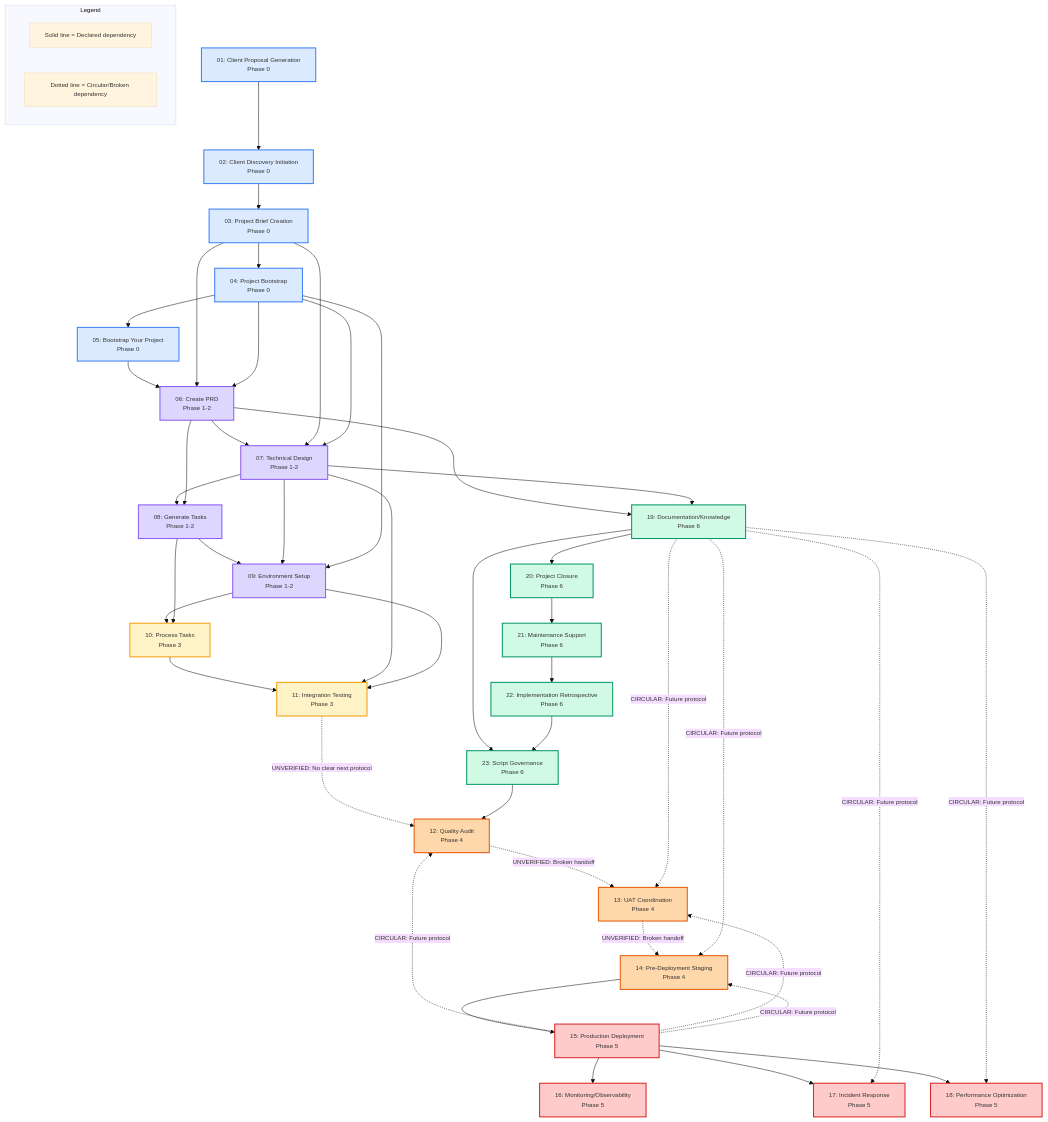
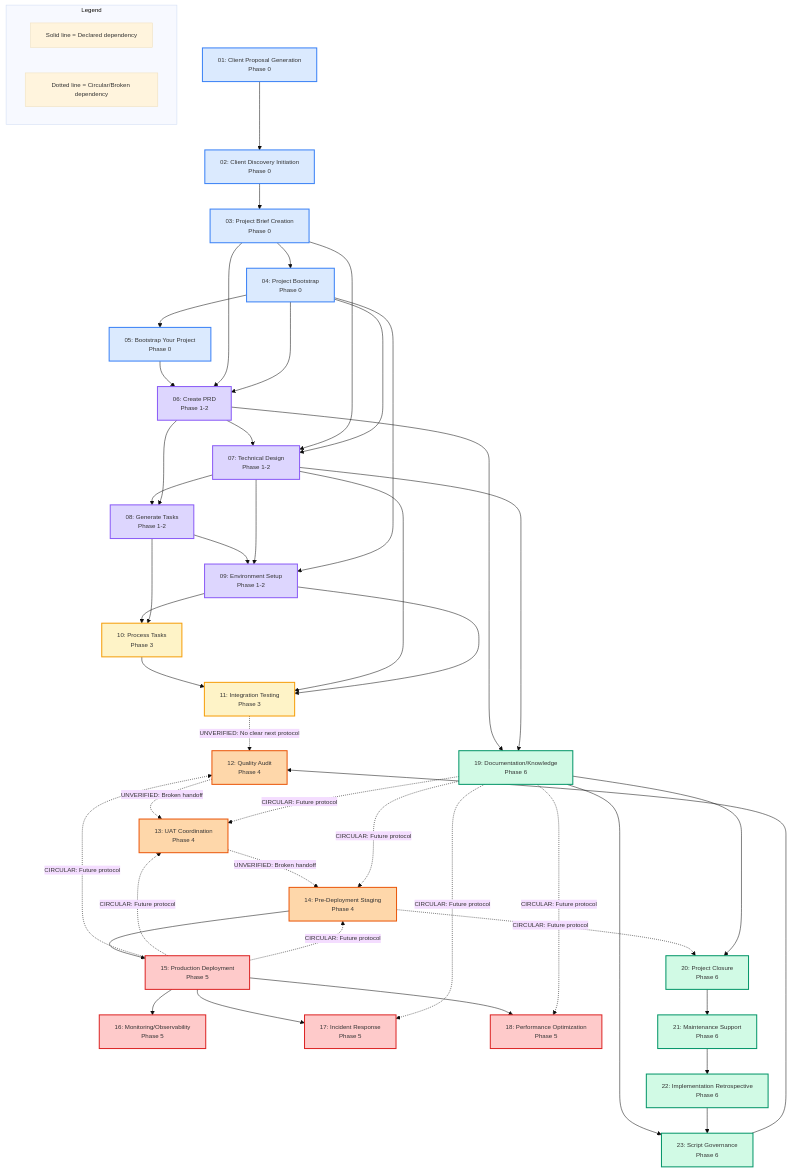
Before and after one commit to HaymayndzUltra/SuperTemplate: the diagram in dependency-map.mermaid, drawn with Mermaid. The commit also changed 5 other files, not shown here.

```diff
--- a/dependency-map.mermaid
+++ b/dependency-map.mermaid
@@ -1,112 +1,113 @@
 %%{ init: { 'theme': 'base', 'themeVariables': { 'fontSize': '12px' } } }%%
 graph TD
   %% PHASE 0: Foundation & Discovery (01-05)
   P01["01: Client Proposal Generation<br/>Phase 0"]
   P02["02: Client Discovery Initiation<br/>Phase 0"]
   P03["03: Project Brief Creation<br/>Phase 0"]
   P04["04: Project Bootstrap<br/>Phase 0"]
   P05["05: Bootstrap Your Project<br/>Phase 0"]
 
   %% PHASE 1-2: Planning & Design (06-09)
   P06["06: Create PRD<br/>Phase 1-2"]
   P07["07: Technical Design<br/>Phase 1-2"]
   P08["08: Generate Tasks<br/>Phase 1-2"]
   P09["09: Environment Setup<br/>Phase 1-2"]
 
   %% PHASE 3: Development (10-11)
   P10["10: Process Tasks<br/>Phase 3"]
   P11["11: Integration Testing<br/>Phase 3"]
 
   %% PHASE 4: Quality & Testing (12-14)
   P12["12: Quality Audit<br/>Phase 4"]
   P13["13: UAT Coordination<br/>Phase 4"]
   P14["14: Pre-Deployment Staging<br/>Phase 4"]
 
   %% PHASE 5: Deployment & Operations (15-18)
   P15["15: Production Deployment<br/>Phase 5"]
   P16["16: Monitoring/Observability<br/>Phase 5"]
   P17["17: Incident Response<br/>Phase 5"]
   P18["18: Performance Optimization<br/>Phase 5"]
 
   %% PHASE 6: Closure & Maintenance (19-23)
   P19["19: Documentation/Knowledge<br/>Phase 6"]
   P20["20: Project Closure<br/>Phase 6"]
   P21["21: Maintenance Support<br/>Phase 6"]
   P22["22: Implementation Retrospective<br/>Phase 6"]
   P23["23: Script Governance<br/>Phase 6"]
 
   %% DECLARED DEPENDENCIES (From Prerequisites)
   P01 --> P02
   P02 --> P03
   P03 --> P04
   P04 --> P05
   P05 --> P06
   P03 --> P06
   P04 --> P06
   P06 --> P07
   P03 --> P07
   P04 --> P07
   P07 --> P08
   P06 --> P08
   P08 --> P09
   P07 --> P09
   P04 --> P09
   P09 --> P10
   P08 --> P10
   P10 --> P11
   P07 --> P11
   P09 --> P11
   
   %% PHASE 3-4 GAP: Missing transition from Protocol 11
   P11 -."UNVERIFIED: No clear next protocol".-> P12
   
   %% PHASE 4 CIRCULAR DEPENDENCIES
   P15 -."CIRCULAR: Future protocol".-> P12
   P23 --> P12
   P12 -."UNVERIFIED: Broken handoff".-> P13
   
   P19 -."CIRCULAR: Future protocol".-> P13
   P15 -."CIRCULAR: Future protocol".-> P13
   
   P13 -."UNVERIFIED: Broken handoff".-> P14
   P19 -."CIRCULAR: Future protocol".-> P14
   P15 -."CIRCULAR: Future protocol".-> P14
-  
+  P14 -."CIRCULAR: Future protocol".-> P20
+
   P14 --> P15
   P15 --> P16
   P15 --> P17
   P15 --> P18
   
   %% PHASE 5-6 DEPENDENCIES  
   P19 -."CIRCULAR: Future protocol".-> P17
   P19 -."CIRCULAR: Future protocol".-> P18
   
   %% PHASE 6 DEPENDENCIES
   P06 --> P19
   P07 --> P19
   P19 --> P20
   P20 --> P21
   P21 --> P22
   P19 --> P23
   P22 --> P23
 
   %% STYLE DEFINITIONS
   classDef phase0 fill:#dbeafe,stroke:#3b82f6,stroke-width:2px
   classDef phase1 fill:#ddd6fe,stroke:#8b5cf6,stroke-width:2px
   classDef phase3 fill:#fef3c7,stroke:#f59e0b,stroke-width:2px
   classDef phase4 fill:#fed7aa,stroke:#ea580c,stroke-width:2px
   classDef phase5 fill:#fecaca,stroke:#dc2626,stroke-width:2px
   classDef phase6 fill:#d1fae5,stroke:#059669,stroke-width:2px
 
   class P01,P02,P03,P04,P05 phase0
   class P06,P07,P08,P09 phase1
   class P10,P11 phase3
   class P12,P13,P14 phase4
   class P15,P16,P17,P18 phase5
   class P19,P20,P21,P22,P23 phase6
 
   %% LEGEND
   subgraph Legend
     L1["Solid line = Declared dependency"]
     L2["Dotted line = Circular/Broken dependency"]
   end
```
